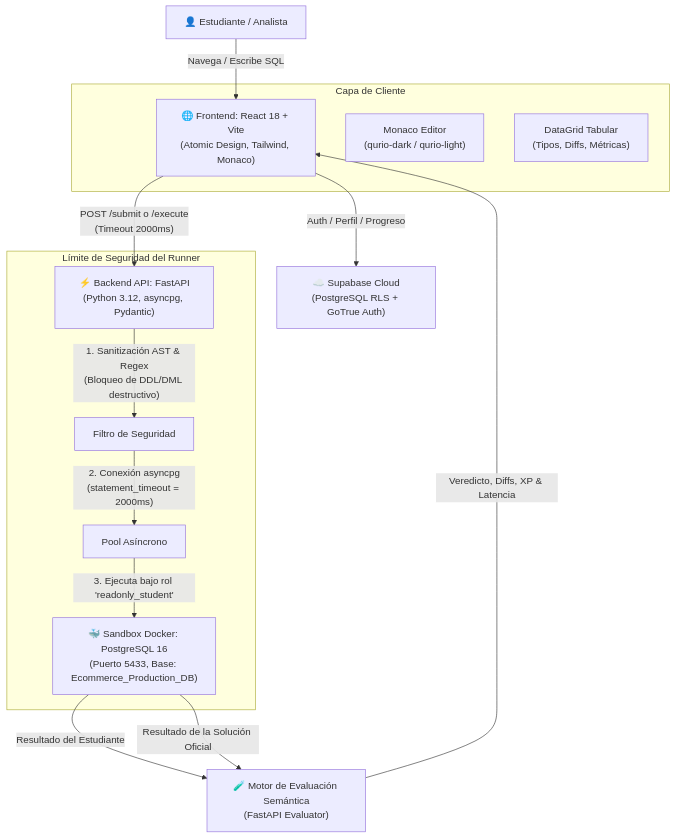
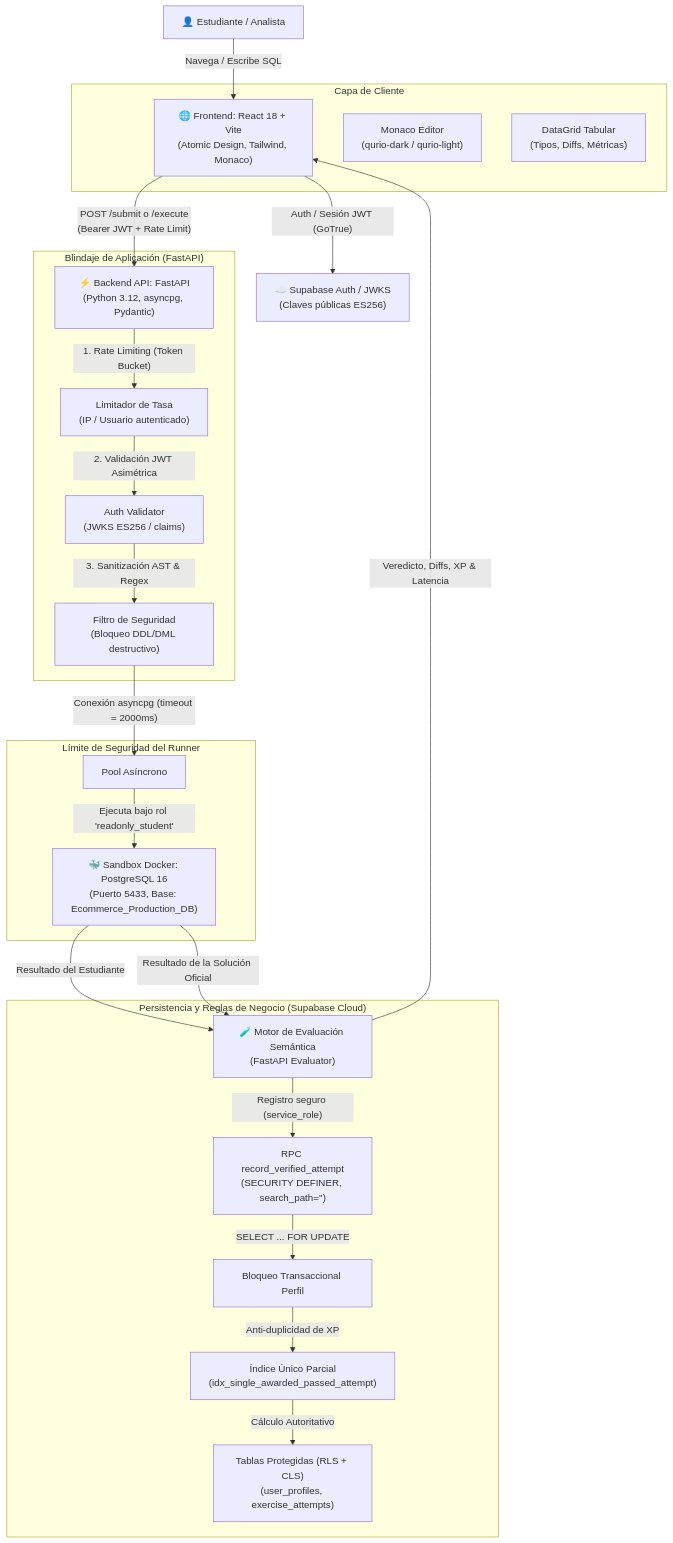
Before and after one commit to ErickKNT/qurio: the first of 2 diagrams in README.md, drawn with Mermaid. The commit also changed other lines of this file, not shown here.

Commit message:
docs: update README with Phase 9 security hardening, 64/64 tests and Supabase Cloud architecture

````diff
--- a/README.md
+++ b/README.md
@@ -114,23 +115,36 @@
 ```mermaid
 flowchart TD
     User["👤 Estudiante / Analista"] -->|"Navega / Escribe SQL"| Frontend["🌐 Frontend: React 18 + Vite\n(Atomic Design, Tailwind, Monaco)"]
     
     subgraph ClientLayer["Capa de Cliente"]
         Frontend
         Monaco["Monaco Editor\n(qurio-dark / qurio-light)"]
         DataGrid["DataGrid Tabular\n(Tipos, Diffs, Métricas)"]
     end
 
-    Frontend -->|"Auth / Perfil / Progreso"| Supabase["☁️ Supabase Cloud\n(PostgreSQL RLS + GoTrue Auth)"]
-    Frontend -->|"POST /submit o /execute\n(Timeout 2000ms)"| Backend["⚡ Backend API: FastAPI\n(Python 3.12, asyncpg, Pydantic)"]
+    Frontend -->|"Auth / Sesión JWT (GoTrue)"| SupabaseAuth["☁️ Supabase Auth / JWKS\n(Claves públicas ES256)"]
+    Frontend -->|"POST /submit o /execute\n(Bearer JWT + Rate Limit)"| Backend["⚡ Backend API: FastAPI\n(Python 3.12, asyncpg, Pydantic)"]
+
+    subgraph BackendSecurity["Blindaje de Aplicación (FastAPI)"]
+        Backend -->|"1. Rate Limiting (Token Bucket)"| RateLimiter["Limitador de Tasa\n(IP / Usuario autenticado)"]
+        RateLimiter -->|"2. Validación JWT Asimétrica"| JWTValidator["Auth Validator\n(JWKS ES256 / claims)"]
+        JWTValidator -->|"3. Sanitización AST & Regex"| SecurityFilter["Filtro de Seguridad\n(Bloqueo DDL/DML destructivo)"]
+    end
 
     subgraph SecurityBoundary["Límite de Seguridad del Runner"]
-        Backend -->|"1. Sanitización AST & Regex\n(Bloqueo de DDL/DML destructivo)"| SecurityFilter["Filtro de Seguridad"]
-        SecurityFilter -->|"2. Conexión asyncpg\n(statement_timeout = 2000ms)"| Pool["Pool Asíncrono"]
-        Pool -->|"3. Ejecuta bajo rol 'readonly_student'"| DockerSandbox["🐳 Sandbox Docker: PostgreSQL 16\n(Puerto 5433, Base: Ecommerce_Production_DB)"]
+        SecurityFilter -->|"Conexión asyncpg (timeout = 2000ms)"| Pool["Pool Asíncrono"]
+        Pool -->|"Ejecuta bajo rol 'readonly_student'"| DockerSandbox["🐳 Sandbox Docker: PostgreSQL 16\n(Puerto 5433, Base: Ecommerce_Production_DB)"]
     end
 
     DockerSandbox -->|"Resultado del Estudiante"| Evaluator["🧪 Motor de Evaluación Semántica\n(FastAPI Evaluator)"]
     DockerSandbox -->|"Resultado de la Solución Oficial"| Evaluator
+    
+    subgraph SupabaseCloud["Persistencia y Reglas de Negocio (Supabase Cloud)"]
+        Evaluator -->|"Registro seguro (service_role)"| SecureRPC["RPC record_verified_attempt\n(SECURITY DEFINER, search_path='')"]
+        SecureRPC -->|"SELECT ... FOR UPDATE"| RowLock["Bloqueo Transaccional Perfil"]
+        RowLock -->|"Anti-duplicidad de XP"| PartialIndex["Índice Único Parcial\n(idx_single_awarded_passed_attempt)"]
+        PartialIndex -->|"Cálculo Autoritativo"| Storage["Tablas Protegidas (RLS + CLS)\n(user_profiles, exercise_attempts)"]
+    end
+
     Evaluator -->|"Veredicto, Diffs, XP & Latencia"| Frontend
 ```
````
